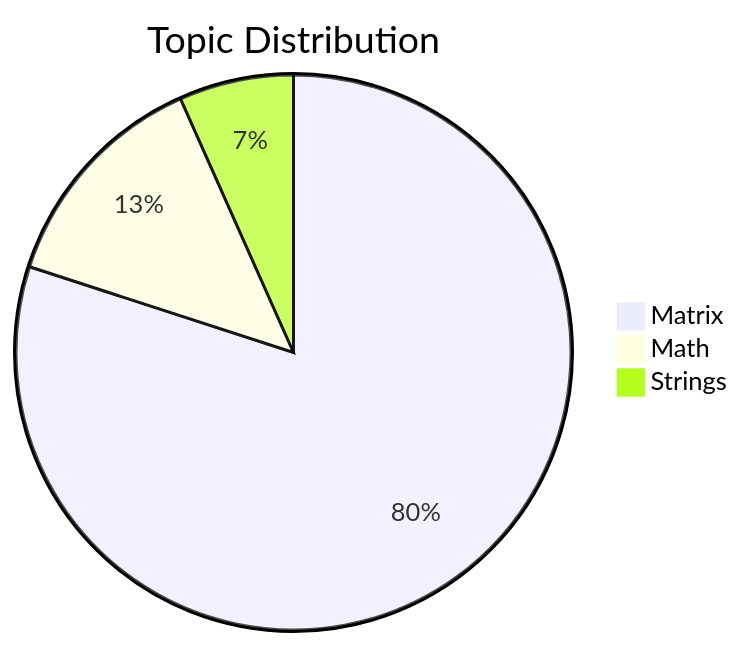
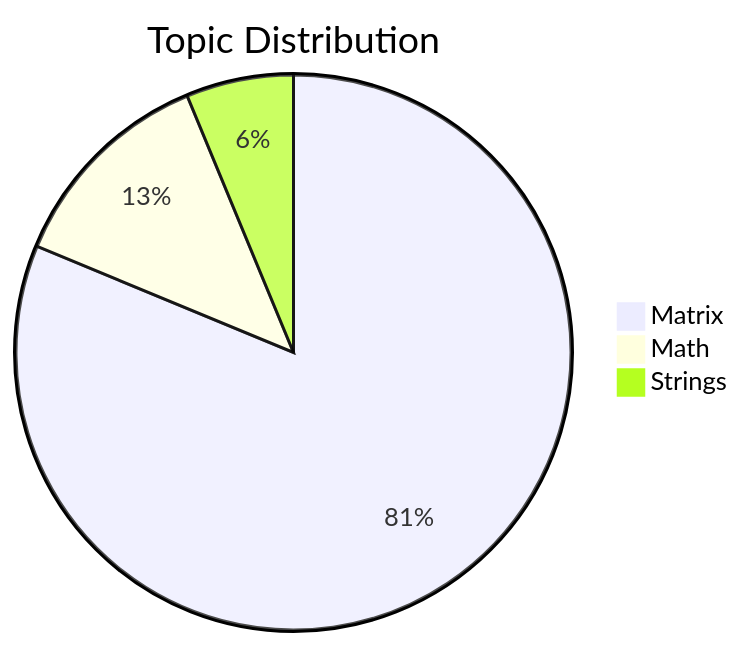
One commit to PrasannaTheBest/60-Days-Hell-Period changed the second of 2 diagrams in README.md. Above: the diagram before and after it, drawn with Mermaid. The commit also changed other lines of this file, not shown here.

````diff
--- a/README.md
+++ b/README.md
@@ -73,6 +73,6 @@
 ```mermaid
 pie title Topic Distribution
-    "Matrix" : 12
+    "Matrix" : 13
     "Math" : 2
     "Strings" : 1
 ```
````
